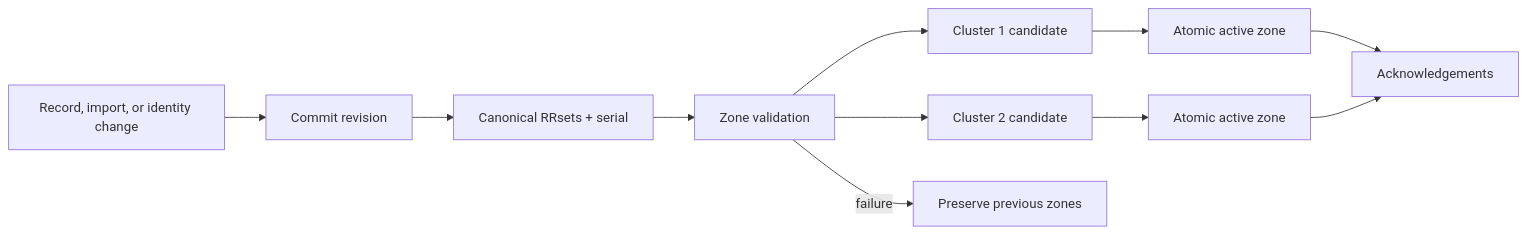
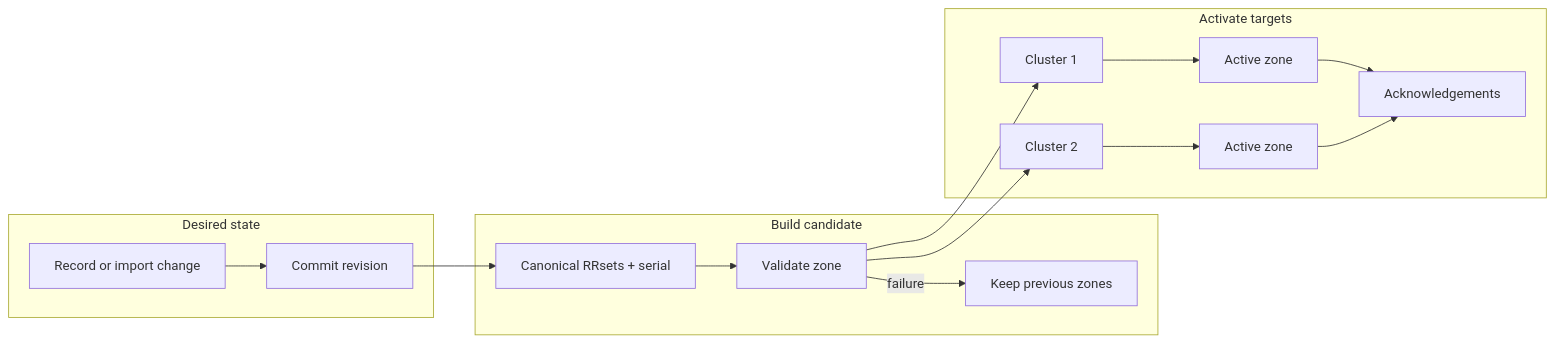
The diagram in docs/guides/dns.md (vaheed/CDNFoundry), drawn with Mermaid before and after one commit. The commit also changed 24 other files, not shown here.

````diff
--- a/docs/guides/dns.md
+++ b/docs/guides/dns.md
@@ -17,13 +17,16 @@
 ```mermaid
 flowchart LR
-    Change["Record, import, or identity change"] --> Revision["Commit revision"]
-    Revision --> Render["Canonical RRsets + serial"]
-    Render --> Validate["Zone validation"]
-    Validate --> Target1["Cluster 1 candidate"]
-    Validate --> Target2["Cluster 2 candidate"]
-    Target1 --> Active1["Atomic active zone"]
-    Target2 --> Active2["Atomic active zone"]
-    Active1 --> Receipt["Acknowledgements"]
-    Active2 --> Receipt
-    Validate -- failure --> Preserve["Preserve previous zones"]
+    subgraph Desired["Desired state"]
+      Change["Record or import change"] --> Revision["Commit revision"]
+    end
+    subgraph Candidate["Build candidate"]
+      Revision --> Render["Canonical RRsets + serial"] --> Validate["Validate zone"]
+      Validate -- failure --> Preserve["Keep previous zones"]
+    end
+    subgraph Activate["Activate targets"]
+      Validate --> Target1["Cluster 1"] --> Active1["Active zone"]
+      Validate --> Target2["Cluster 2"] --> Active2["Active zone"]
+      Active1 --> Receipt["Acknowledgements"]
+      Active2 --> Receipt
+    end
 ```
````
